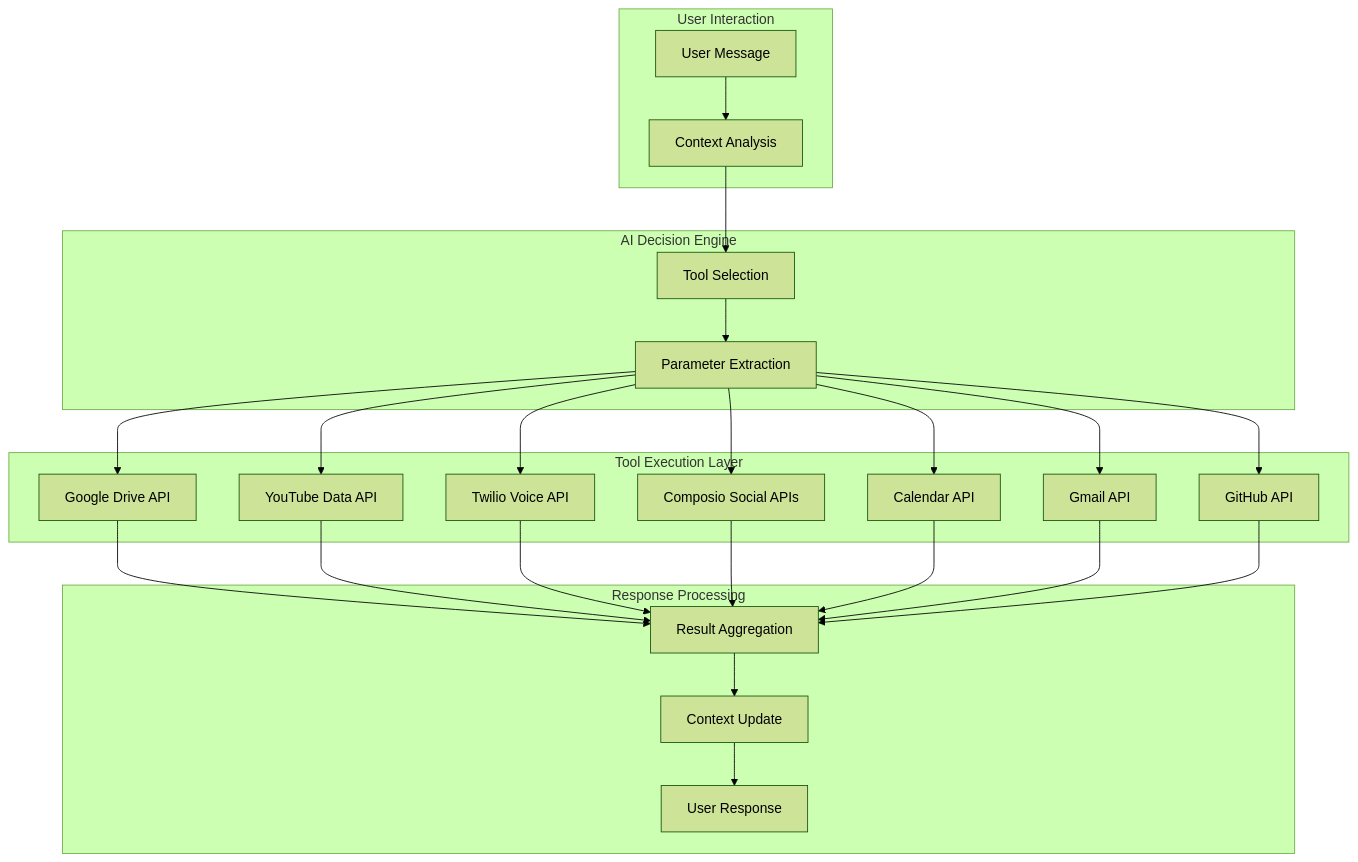
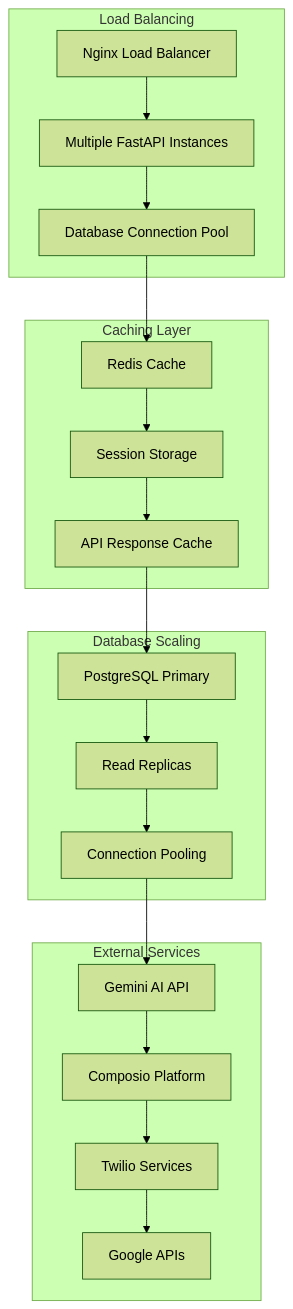
One commit to abhiabhi150614/video-pop-up-for-steaming changed the eighth of 8 diagrams in README.md. Above: the diagram before and after it, drawn with Mermaid (forest theme). The commit also changed other lines of this file, not shown here.

````diff
--- a/README.md
+++ b/README.md
@@ -510,48 +824,40 @@
 ```mermaid
-flowchart TD
-    subgraph "User Interaction"
-        A[User Message]
-        B[Context Analysis]
+graph TB
+    subgraph "Load Balancing"
+        A[Nginx Load Balancer]
+        B[Multiple FastAPI Instances]
+        C[Database Connection Pool]
     end
     
-    subgraph "AI Decision Engine"
-        C[Tool Selection]
-        D[Parameter Extraction]
+    subgraph "Caching Layer"
+        D[Redis Cache]
+        E[Session Storage]
+        F[API Response Cache]
     end
     
-    subgraph "Tool Execution Layer"
-        E[Google Drive API]
-        F[YouTube Data API]
-        G[Twilio Voice API]
-        H[Composio Social APIs]
-        I[Calendar API]
-        J[Gmail API]
-        K[GitHub API]
+    subgraph "Database Scaling"
+        G[PostgreSQL Primary]
+        H[Read Replicas]
+        I[Connection Pooling]
     end
     
-    subgraph "Response Processing"
-        L[Result Aggregation]
-        M[Context Update]
-        N[User Response]
+    subgraph "External Services"
+        J[Gemini AI API]
+        K[Composio Platform]
+        L[Twilio Services]
+        M[Google APIs]
     end
     
     A --> B
     B --> C
     C --> D
     D --> E
-    D --> F
-    D --> G
-    D --> H
-    D --> I
-    D --> J
-    D --> K
-    E --> L
-    F --> L
-    G --> L
-    H --> L
-    I --> L
-    J --> L
+    E --> F
+    F --> G
+    G --> H
+    H --> I
+    I --> J
+    J --> K
     K --> L
     L --> M
-    M --> N
 ```
````
